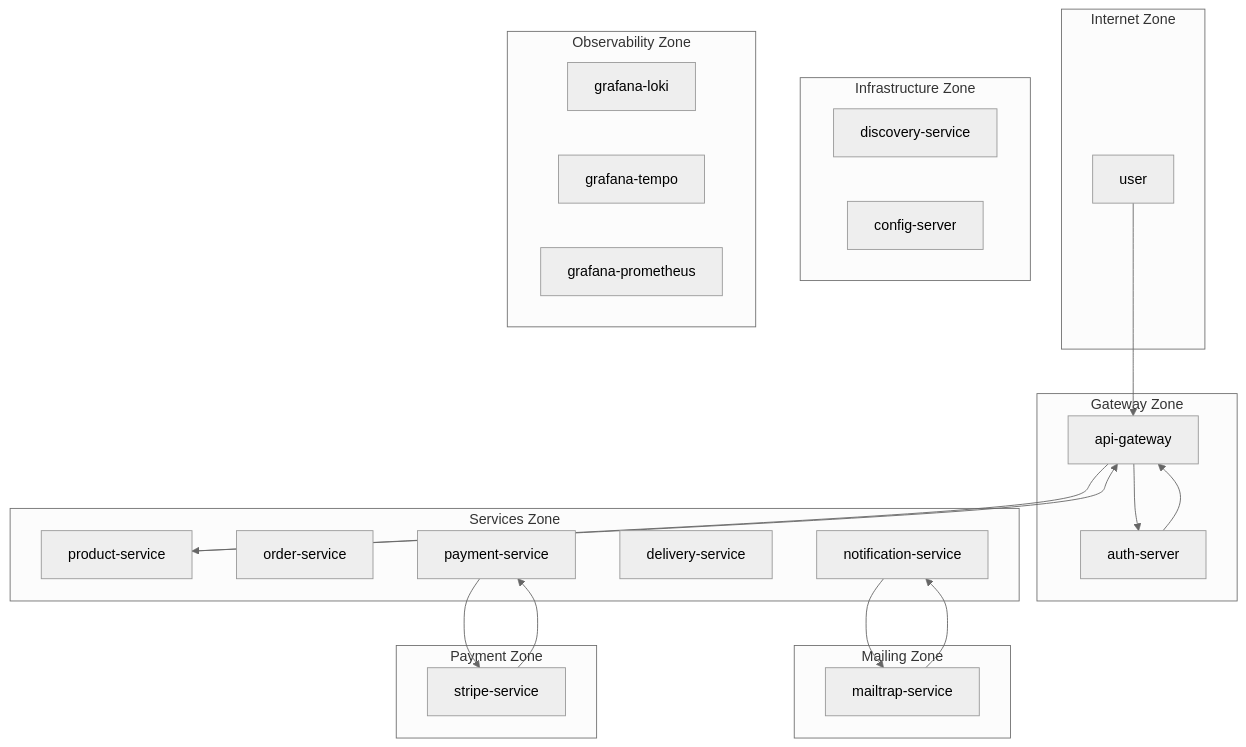
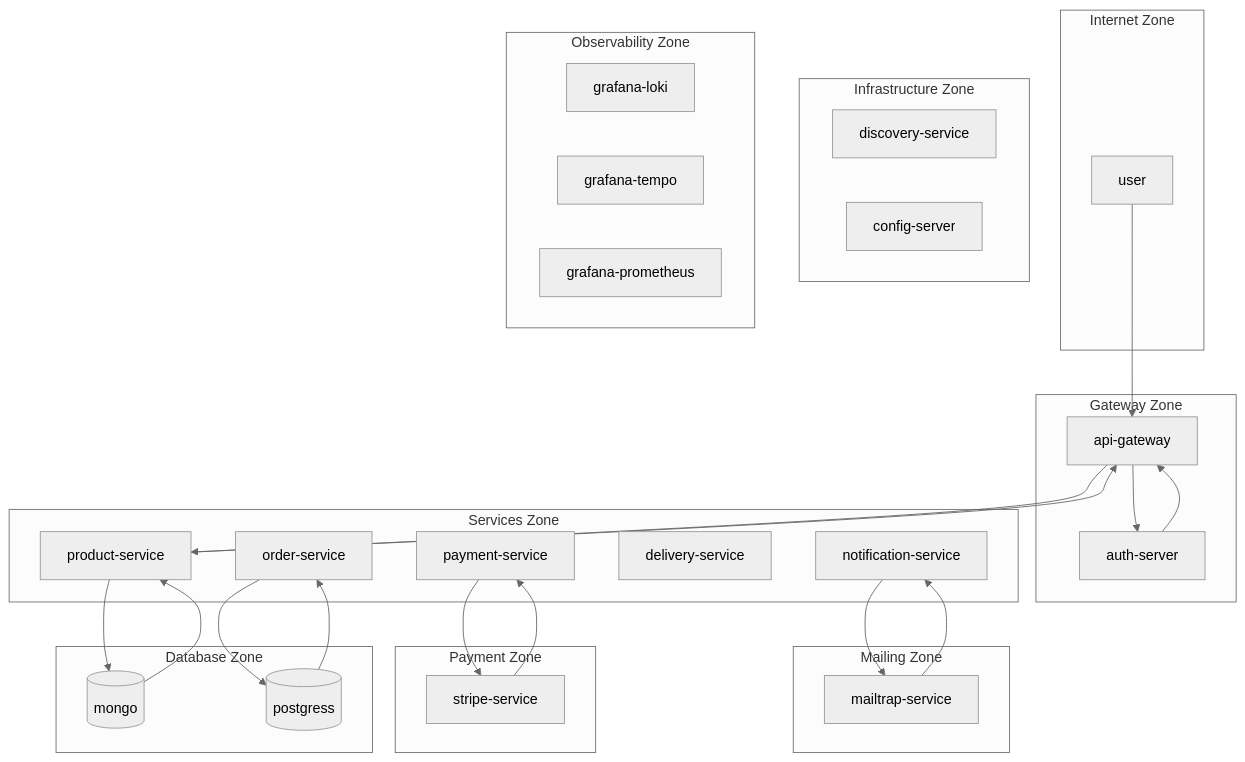
Before and after one commit to wisniewskikr/mermaid: the diagram in ecommerce-virtual.md, drawn with Mermaid (neutral theme).

Commit message:
Add Database Zone

````diff
--- a/ecommerce-virtual.md
+++ b/ecommerce-virtual.md
@@ -1,54 +1,65 @@
 ``` mermaid
     flowchart
 
         subgraph Internet Zone
             user
         end
 
         subgraph Gateway Zone
             api-gateway
             auth-server
         end
         
         subgraph Services Zone
             product-service
             order-service
             payment-service
             delivery-service
-            notification-service
+            notification-service            
         end
 
         subgraph Infrastructure Zone           
             discovery-service
             config-server            
         end
 
         subgraph Observability Zone
             grafana-loki
             grafana-tempo
             grafana-prometheus 
         end
 
         subgraph Mailing Zone
             mailtrap-service
         end
 
         subgraph Payment Zone
             stripe-service
         end
 
+        subgraph Database Zone
+            mongo[(mongo)]
+            postgress[(postgress)]
+        end
+
         user --> api-gateway
 
         api-gateway --> auth-server
         auth-server --> api-gateway
 
         api-gateway --> product-service
         product-service --> api-gateway
 
         payment-service --> stripe-service
         stripe-service --> payment-service
 
         notification-service --> mailtrap-service
         mailtrap-service --> notification-service
 
+        product-service --> mongo
+        mongo --> product-service
+
+        order-service --> postgress
+        postgress --> order-service
+
 ```
````
